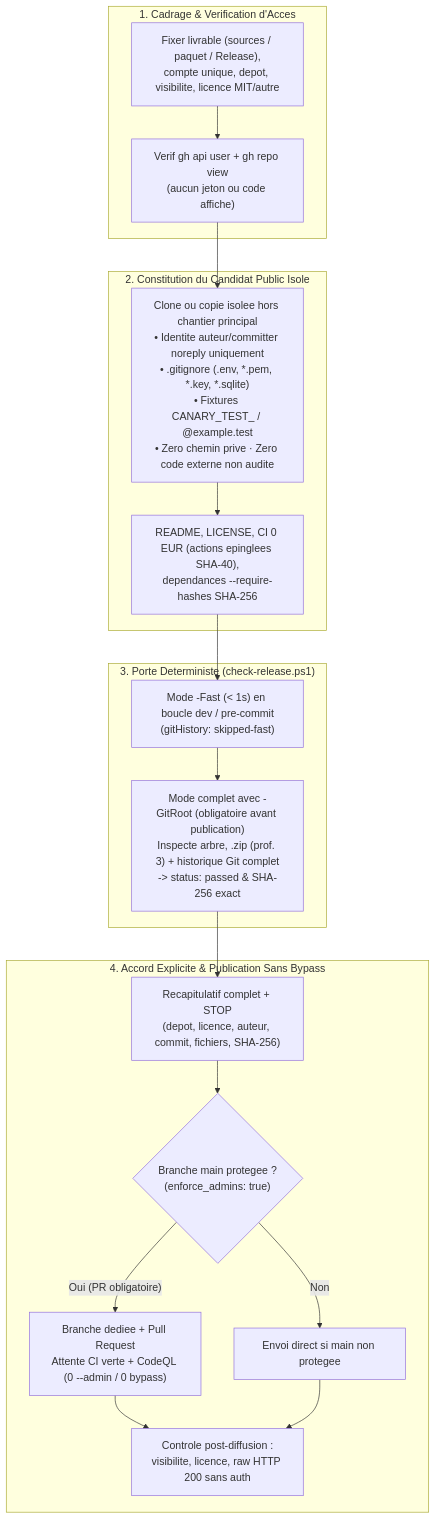
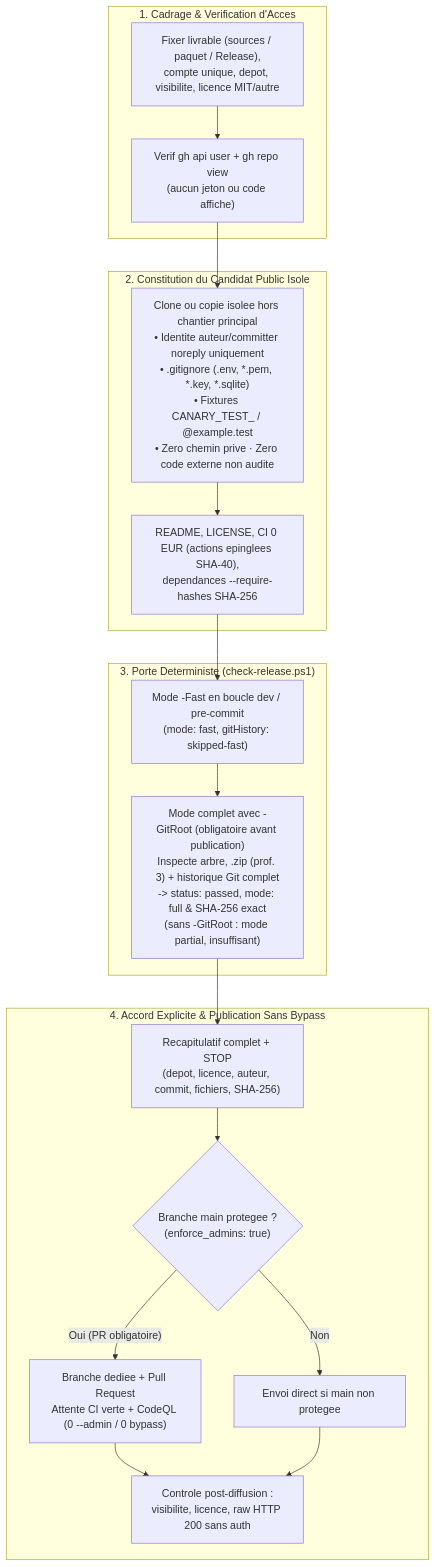
Before and after one commit to Melkyzedec/Toolbox: the first of 2 diagrams in skills/github-open-source-release/references/processus.md, drawn with Mermaid. The commit also changed other lines of this file and 16 other files, not shown here.

````diff
--- a/skills/github-open-source-release/references/processus.md
+++ b/skills/github-open-source-release/references/processus.md
@@ -9,29 +9,29 @@
 ```mermaid
 flowchart TB
     subgraph P1["1. Cadrage & Verification d'Acces"]
         CAD["Fixer livrable (sources / paquet / Release),\ncompte unique, depot, visibilite, licence MIT/autre"]
         AUTH["Verif gh api user + gh repo view\n(aucun jeton ou code affiche)"]
     end
 
     subgraph P2["2. Constitution du Candidat Public Isole"]
         ISO["Clone ou copie isolee hors chantier principal\n• Identite auteur/committer noreply uniquement\n• .gitignore (.env, *.pem, *.key, *.sqlite)\n• Fixtures CANARY_TEST_ / @example.test\n• Zero chemin prive · Zero code externe non audite"]
         PREP["README, LICENSE, CI 0 EUR (actions epinglees SHA-40),\ndependances --require-hashes SHA-256"]
     end
 
     subgraph P3["3. Porte Deterministe (check-release.ps1)"]
-        FAST["Mode -Fast (< 1s) en boucle dev / pre-commit\n(gitHistory: skipped-fast)"]
-        FULL["Mode complet avec -GitRoot (obligatoire avant publication)\nInspecte arbre, .zip (prof. 3) + historique Git complet\n-> status: passed & SHA-256 exact"]
+        FAST["Mode -Fast en boucle dev / pre-commit\n(mode: fast, gitHistory: skipped-fast)"]
+        FULL["Mode complet avec -GitRoot (obligatoire avant publication)\nInspecte arbre, .zip (prof. 3) + historique Git complet\n-> status: passed, mode: full & SHA-256 exact\n(sans -GitRoot : mode partial, insuffisant)"]
     end
 
     subgraph P4["4. Accord Explicite & Publication Sans Bypass"]
         STOP["Recapitulatif complet + STOP\n(depot, licence, auteur, commit, fichiers, SHA-256)"]
         PUB{"Branche main protegee ?\n(enforce_admins: true)"}
         PR["Branche dediee + Pull Request\nAttente CI verte + CodeQL (0 --admin / 0 bypass)"]
         PUSH["Envoi direct si main non protegee"]
         POST["Controle post-diffusion :\nvisibilite, licence, raw HTTP 200 sans auth"]
     end
 
     CAD --> AUTH --> ISO --> PREP --> FAST --> FULL --> STOP --> PUB
     PUB -->|"Oui (PR obligatoire)"| PR --> POST
     PUB -->|"Non"| PUSH --> POST
 ```
````
